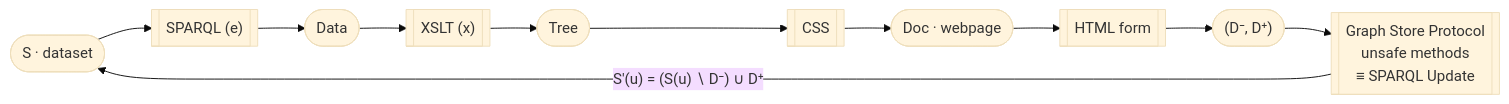
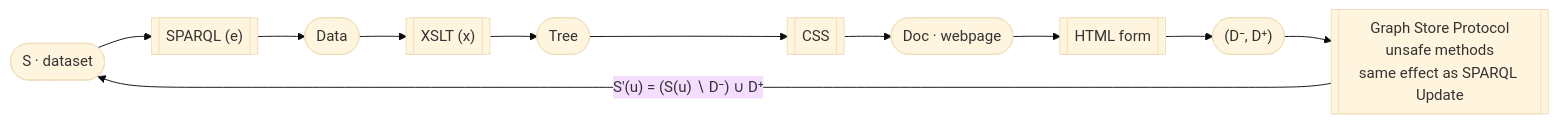
The tenth of 11 diagrams in first-principles-of-the-web.md (AtomGraph/First-Principles-of-the-Web), drawn with Mermaid (base theme) before and after one commit. The commit also changed other lines of this file, not shown here.

````diff
--- a/first-principles-of-the-web.md
+++ b/first-principles-of-the-web.md
@@ -969,8 +969,8 @@
 ```mermaid
 %%| column: page-right
 flowchart LR
     S(["S · dataset"]) --> e[["SPARQL (e)"]] --> D(["Data"]) --> x[["XSLT (x)"]] --> T(["Tree"]) --> css[["CSS"]] --> Doc(["Doc · webpage"])
     Doc --> form[["HTML form"]] --> delta(["(D⁻, D⁺)"])
-    delta --> upd[["Graph Store Protocol<br/>unsafe methods<br/>≡ SPARQL Update"]]
+    delta --> upd[["Graph Store Protocol<br/>unsafe methods<br/>same effect as SPARQL Update"]]
     upd -- "S′(u) = (S(u) ∖ D⁻) ∪ D⁺" --> S
 ```
````
